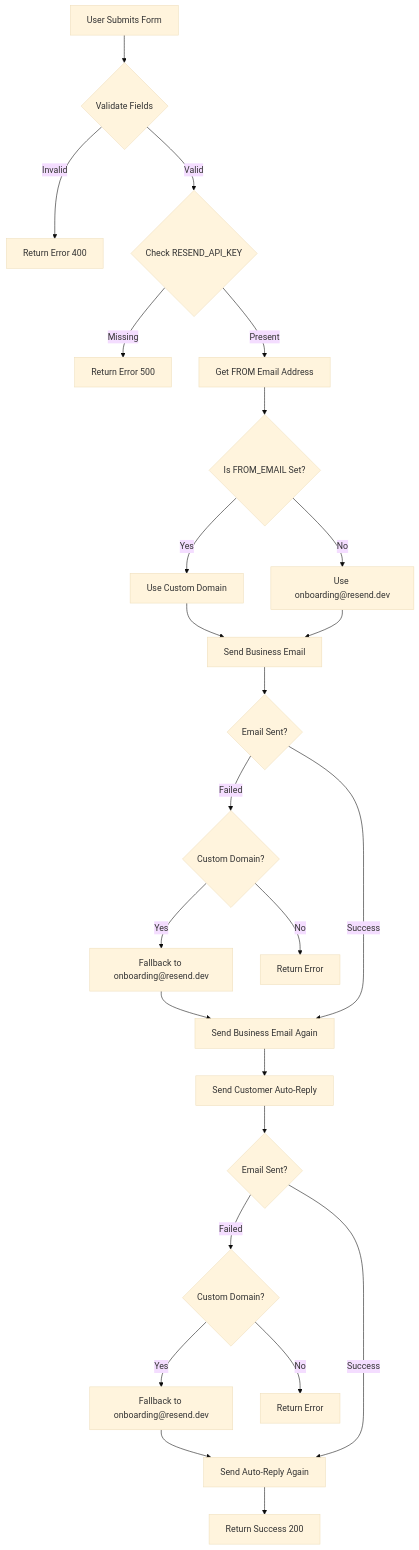
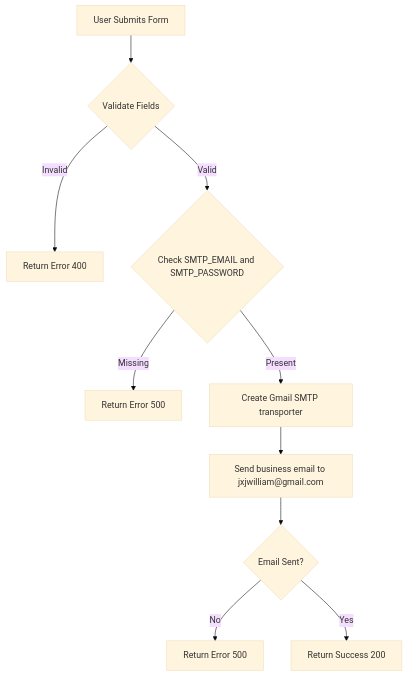
Before and after one commit to williamjxj/bestitconsultants: the diagram in docs/CONTACT_SETUP.md, drawn with Mermaid (base theme). The commit also changed other lines of this file and 6 other files, not shown here.

````diff
--- a/docs/CONTACT_SETUP.md
+++ b/docs/CONTACT_SETUP.md
@@ -20,27 +19,12 @@
 ```mermaid
 flowchart TD
     A[User Submits Form] --> B{Validate Fields}
     B -->|Invalid| C[Return Error 400]
-    B -->|Valid| D{Check RESEND_API_KEY}
+    B -->|Valid| D{Check SMTP_EMAIL and SMTP_PASSWORD}
     D -->|Missing| E[Return Error 500]
-    D -->|Present| F[Get FROM Email Address]
-    F --> G{Is FROM_EMAIL Set?}
-    G -->|Yes| H[Use Custom Domain]
-    G -->|No| I[Use onboarding@resend.dev]
-    H --> J[Send Business Email]
-    I --> J
-    J --> K{Email Sent?}
-    K -->|Failed| L{Custom Domain?}
-    L -->|Yes| M[Fallback to onboarding@resend.dev]
-    L -->|No| N[Return Error]
-    M --> O[Send Business Email Again]
-    K -->|Success| O
-    O --> P[Send Customer Auto-Reply]
-    P --> Q{Email Sent?}
-    Q -->|Failed| R{Custom Domain?}
-    R -->|Yes| S[Fallback to onboarding@resend.dev]
-    R -->|No| T[Return Error]
-    S --> U[Send Auto-Reply Again]
-    Q -->|Success| U
-    U --> V[Return Success 200]
+    D -->|Present| F[Create Gmail SMTP transporter]
+    F --> G[Send business email to jxjwilliam@gmail.com]
+    G --> H{Email Sent?}
+    H -->|No| I[Return Error 500]
+    H -->|Yes| J[Return Success 200]
 ```
````
